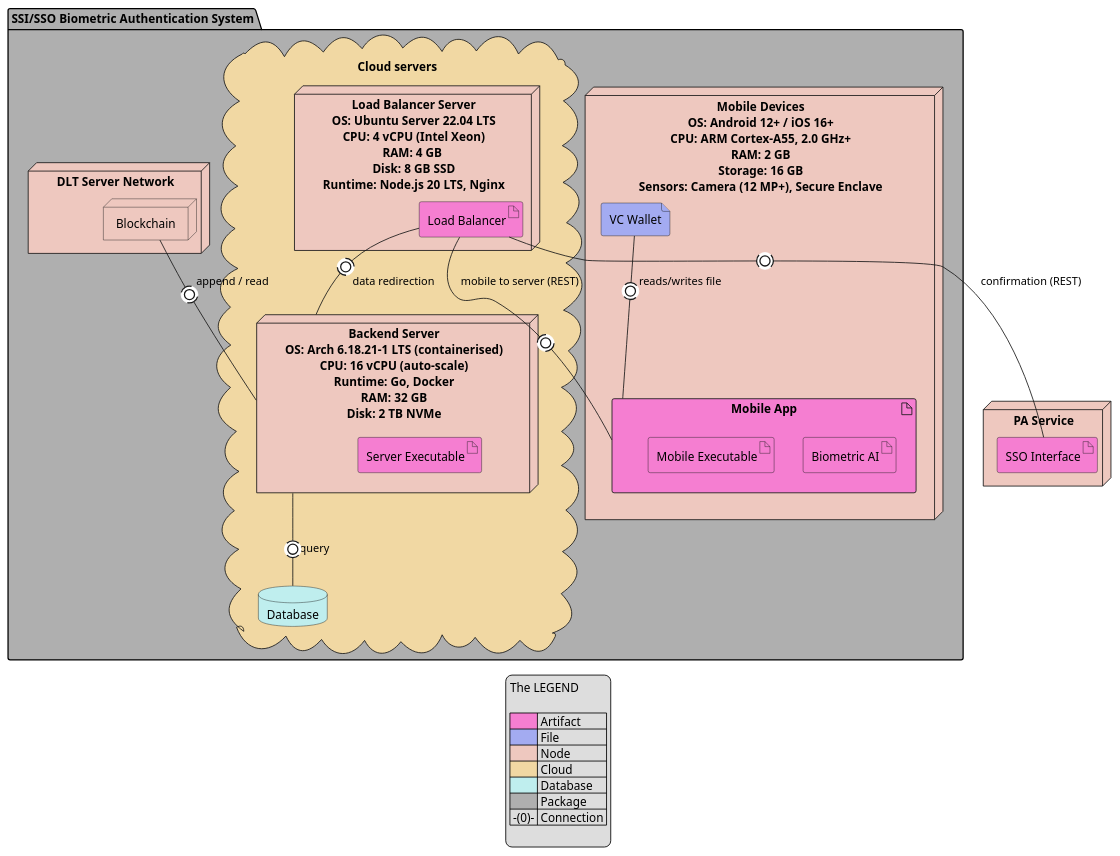
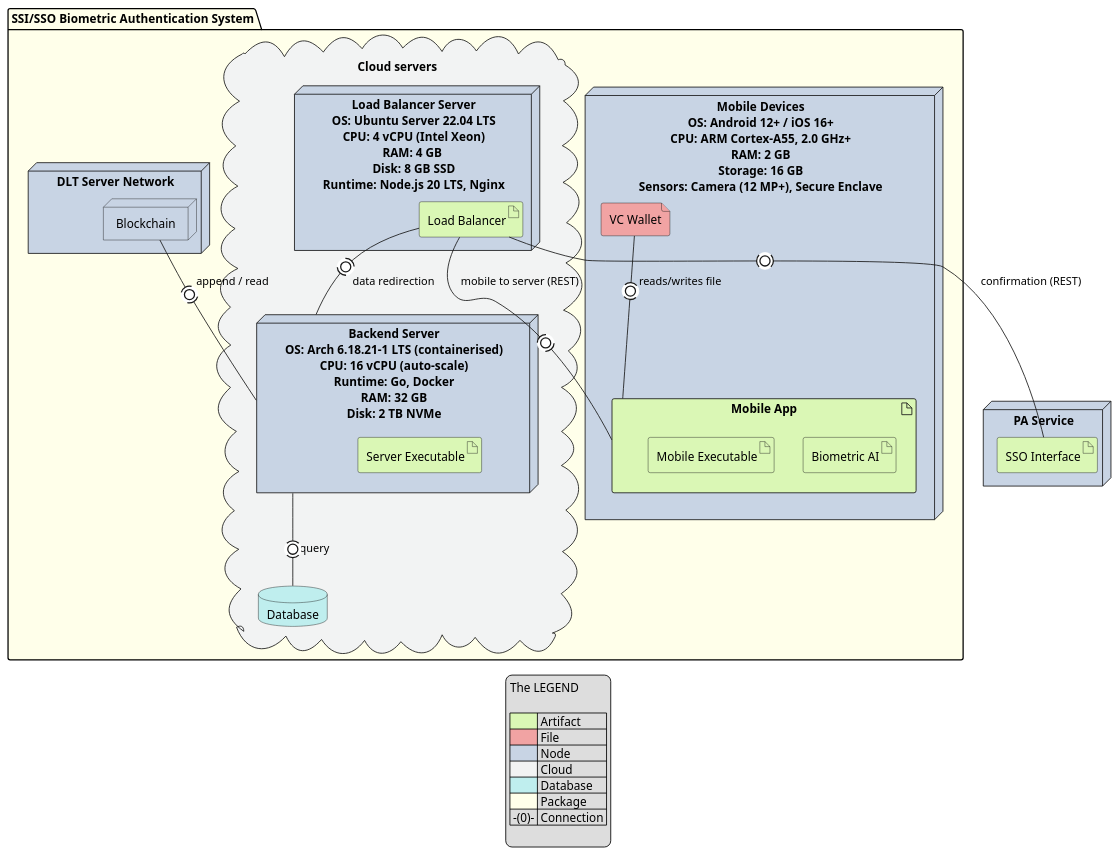
The diagram in diagram.puml (Dorfultariant/Architecture_Diagrams), drawn with PlantUML before and after one commit. The commit also changed 1 other file, not shown here.

```diff
--- a/diagram.puml
+++ b/diagram.puml
@@ -1,105 +1,105 @@
 @startuml
 
 package "SSI/SSO Biometric Authentication System" {
     cloud "Cloud servers" as ba{
         node lbs [
             Load Balancer Server
             OS: Ubuntu Server 22.04 LTS
             CPU: 4 vCPU (Intel Xeon)
             RAM: 4 GB 
             Disk: 8 GB SSD
             Runtime: Node.js 20 LTS, Nginx
         ]
         node lbs{
             artifact "Load Balancer" as lb
         }
         
         node bs [
             Backend Server
             OS: Arch 6.18.21-1 LTS (containerised)
             CPU: 16 vCPU (auto-scale)
             Runtime: Go, Docker
             RAM: 32 GB
             Disk: 2 TB NVMe
         ]
         node bs {
             artifact "Server Executable"
         }
 
 
         database "Database" as db
     }
     node md [
         Mobile Devices
         OS: Android 12+ / iOS 16+
         CPU: ARM Cortex-A55, 2.0 GHz+
         RAM: 2 GB
         Storage: 16 GB
         Sensors: Camera (12 MP+), Secure Enclave
     ]
     node md {
         artifact "Mobile App" as ma {
             artifact "Biometric AI"
             artifact "Mobile Executable"
         }
         file "VC Wallet" as vw
     }
 
     node "DLT Server Network" {
         node "Blockchain" as bc
     }
 }
 
 node "PA Service" as pa {
     artifact "SSO Interface" as ap
 }
 
 lb -(0)- bs : data redirection
 
 lb -(0)- ap : confirmation (REST)
 bs -(0)- db : query
 lb -(0)- ma : mobile to server (REST) 
 bc -do(0)- bs : append / read 
 vw -(0)- ma : reads/writes file 
 
 <style>
     legend
     {
         FontColor black
     }
     artifact 
     {
-        BackgroundColor #f57ed1
+        BackgroundColor #daf7b5
     }
     cloud {
-        BackgroundColor #f1d8a3
+        BackgroundColor #f2f3f3
     }
     file {
-        BackgroundColor #a3abf1
+        BackgroundColor #f1a3a3
     }
     database {
         BackgroundColor #bfeeee
     }
     package {
-        BackgroundColor #afafaf
+        BackgroundColor #ffffea
     }
     node {
-        BackgroundColor #eec8bf
+        BackgroundColor #c8d4e4
     }
 </style> 
 
 legend 
     The LEGEND
 
-    | <#f57ed1> | Artifact |
-    | <#a3abf1> | File |
-    | <#eec8bf> | Node |
-    | <#f1d8a3> | Cloud |
+    | <#daf7b5> | Artifact |
+    | <#f1a3a3> | File |
+    | <#c8d4e4> | Node |
+    | <#f2f3f3> | Cloud |
     | <#bfeeee> | Database |
-    | <#afafaf> | Package |
+    | <#ffffea> | Package |
     | -(0)- | Connection |
 
 endlegend
 
 
 @enduml
```
